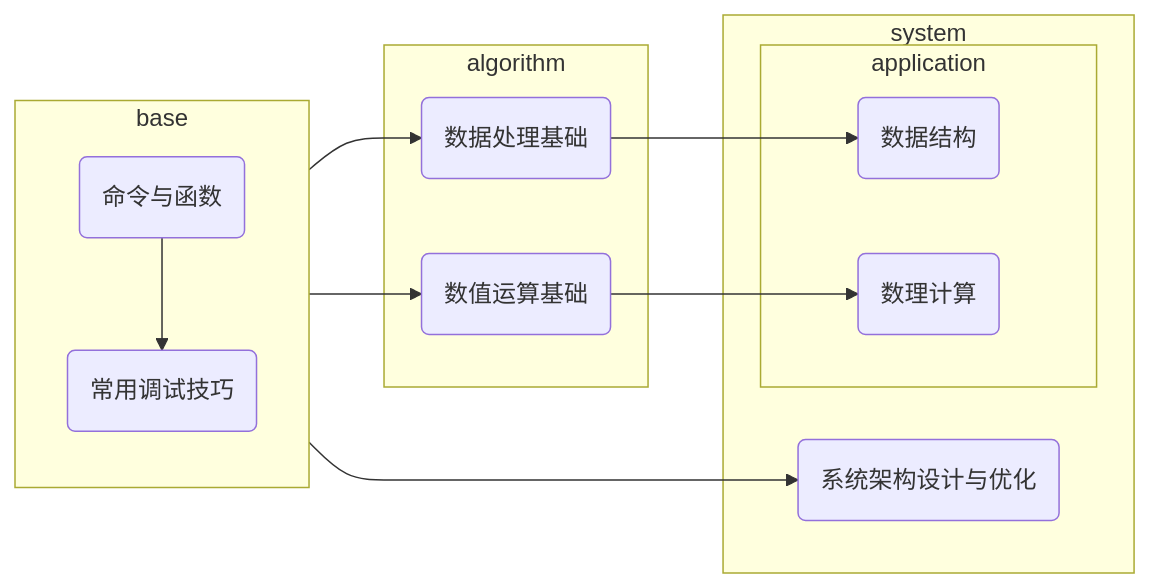
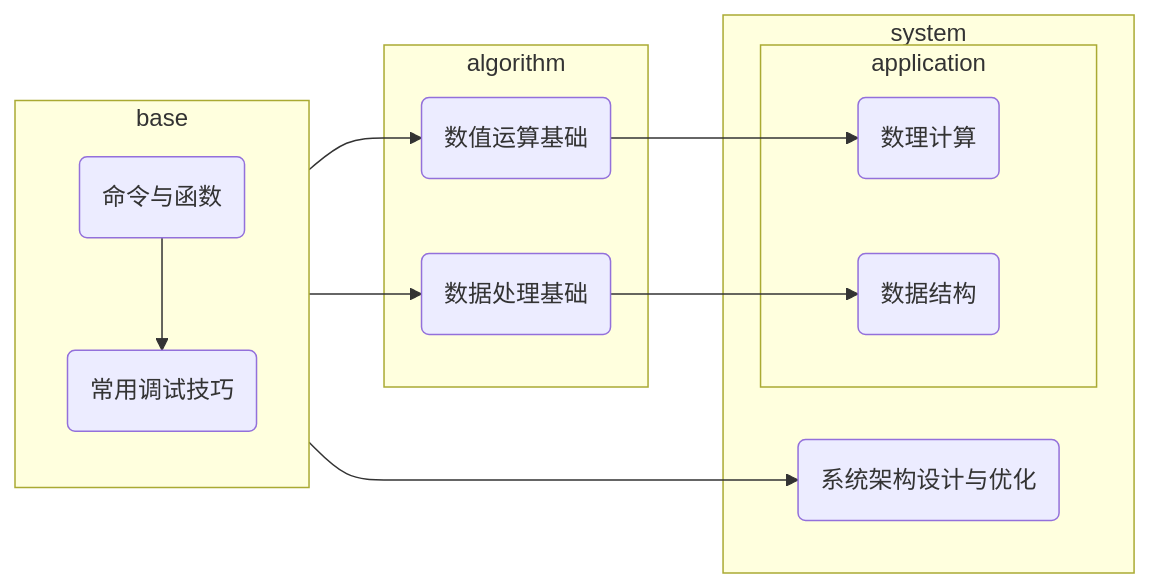
The first of 5 diagrams in xiaodou123's theory.md (xiaodou8593/Xiaodou-sTheory), drawn with Mermaid before and after one commit. The commit also changed other lines of this file, not shown here.

````diff
--- a/xiaodou123's theory.md
+++ b/xiaodou123's theory.md
@@ -57,22 +57,22 @@
 ```mermaid
 flowchart LR
     subgraph base
     a1("命令与函数")-->a2("常用调试技巧")
     end
     subgraph algorithm
     b1("数值运算基础")
     b2("数据处理基础")
     end
     subgraph system
         d("系统架构设计与优化")
         subgraph application
+        c1("数理计算")
         c2("数据结构")
-        c1("数理计算")
         end
     end
     base --> b1
     base --> b2
     b1-->c1
     b2-->c2
     base-->d
 ```
````
